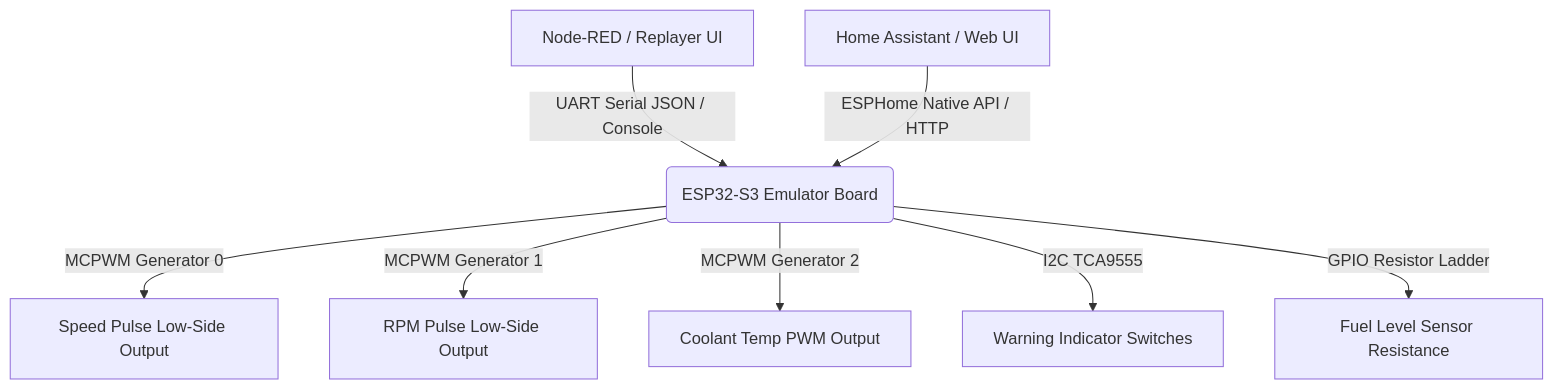
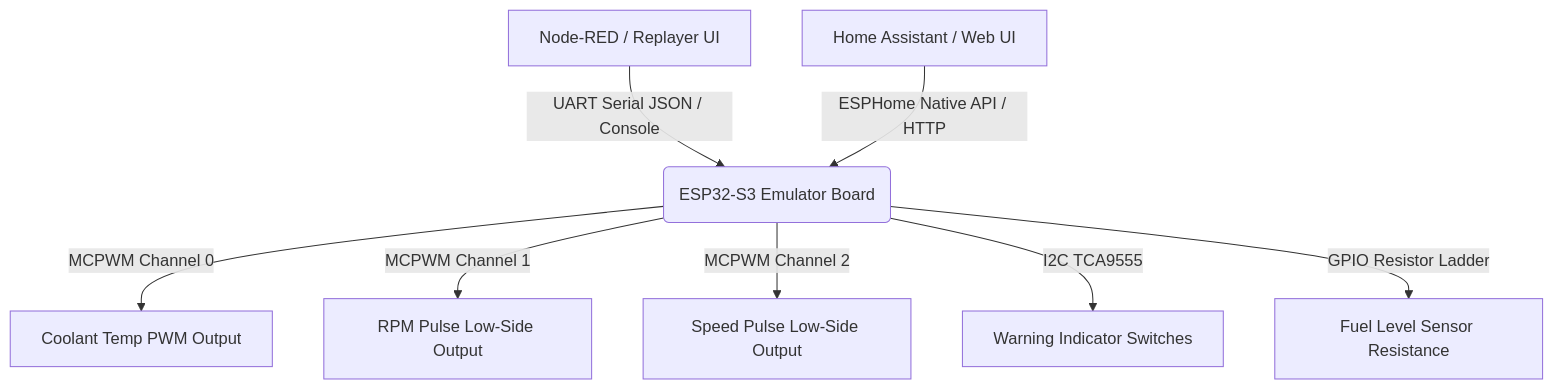
The diagram in emulator-console/TOO.MD (martinroger/vx-binocle-espidf), drawn with Mermaid before and after one commit. The commit also changed other lines of this file and 26 other files, not shown here.

````diff
--- a/emulator-console/TOO.MD
+++ b/emulator-console/TOO.MD
@@ -7,11 +7,11 @@
 ```mermaid
 graph TD
     A[Node-RED / Replayer UI] -->|UART Serial JSON / Console| B(ESP32-S3 Emulator Board)
     C[Home Assistant / Web UI] -->|ESPHome Native API / HTTP| B
     
-    B -->|MCPWM Generator 0| D[Speed Pulse Low-Side Output]
-    B -->|MCPWM Generator 1| E[RPM Pulse Low-Side Output]
-    B -->|MCPWM Generator 2| F[Coolant Temp PWM Output]
+    B -->|MCPWM Channel 0| F[Coolant Temp PWM Output]
+    B -->|MCPWM Channel 1| E[RPM Pulse Low-Side Output]
+    B -->|MCPWM Channel 2| D[Speed Pulse Low-Side Output]
     B -->|I2C TCA9555| G[Warning Indicator Switches]
     B -->|GPIO Resistor Ladder| H[Fuel Level Sensor Resistance]
 ```
````
